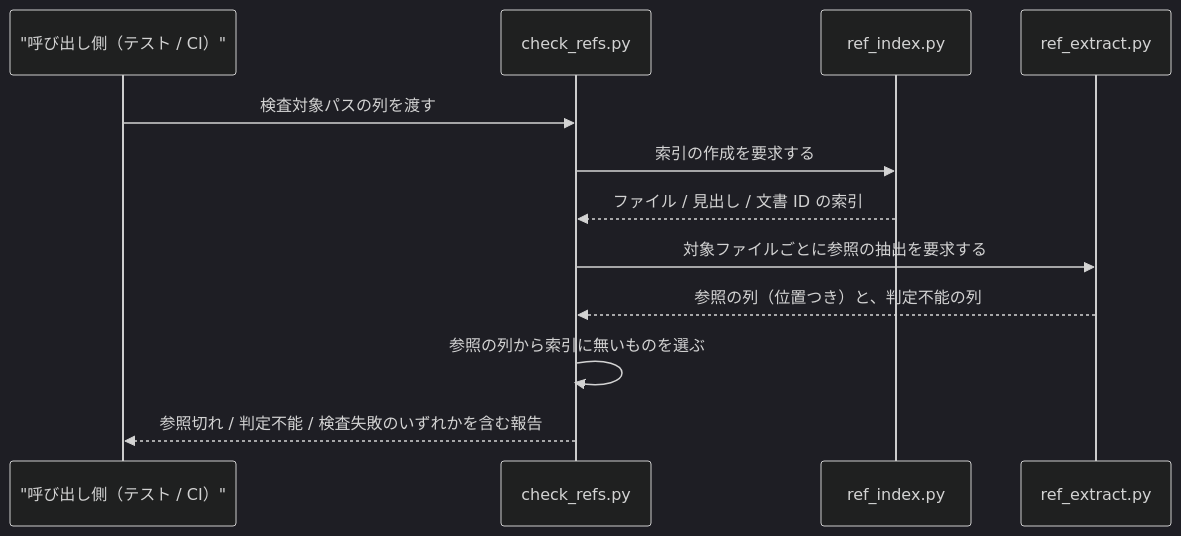
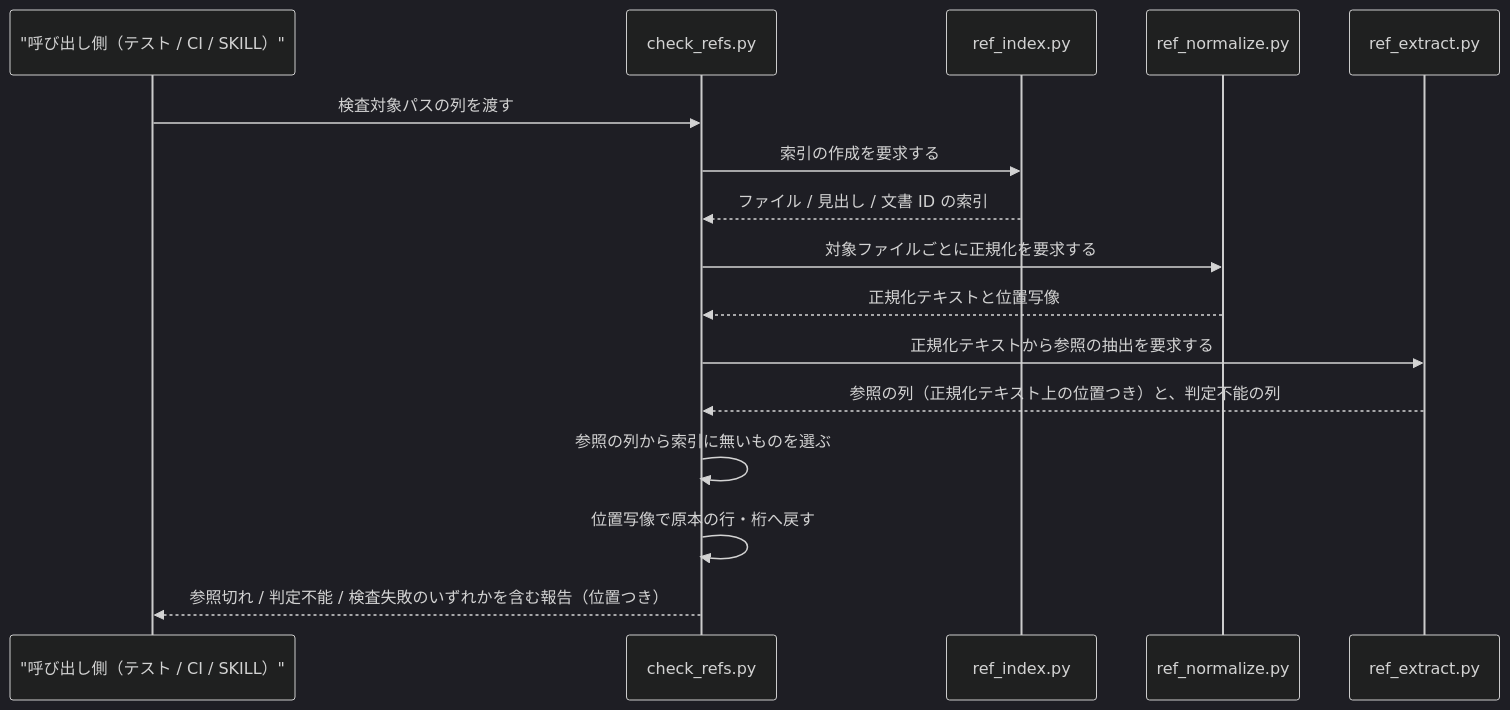
The second of 3 diagrams in docs/specs/forge/doc-reference-integrity/design/DES-081_doc_reference_integrity_design.md (BlueEventHorizon/bw-cc-plugins), drawn with Mermaid (dark theme) before and after one commit. The commit also changed other lines of this file and 9 other files, not shown here.

````diff
--- a/docs/specs/forge/doc-reference-integrity/design/DES-081_doc_reference_integrity_design.md
+++ b/docs/specs/forge/doc-reference-integrity/design/DES-081_doc_reference_integrity_design.md
@@ -257,15 +321,19 @@
 ```mermaid
 sequenceDiagram
-    participant Caller as "呼び出し側（テスト / CI）"
+    participant Caller as "呼び出し側（テスト / CI / SKILL）"
     participant Check as check_refs.py
     participant Index as ref_index.py
+    participant Norm as ref_normalize.py
     participant Extract as ref_extract.py
 
     Caller ->> Check: 検査対象パスの列を渡す
     Check ->> Index: 索引の作成を要求する
     Index -->> Check: ファイル / 見出し / 文書 ID の索引
-    Check ->> Extract: 対象ファイルごとに参照の抽出を要求する
-    Extract -->> Check: 参照の列（位置つき）と、判定不能の列
+    Check ->> Norm: 対象ファイルごとに正規化を要求する
+    Norm -->> Check: 正規化テキストと位置写像
+    Check ->> Extract: 正規化テキストから参照の抽出を要求する
+    Extract -->> Check: 参照の列（正規化テキスト上の位置つき）と、判定不能の列
     Check ->> Check: 参照の列から索引に無いものを選ぶ
-    Check -->> Caller: 参照切れ / 判定不能 / 検査失敗のいずれかを含む報告
+    Check ->> Check: 位置写像で原本の行・桁へ戻す
+    Check -->> Caller: 参照切れ / 判定不能 / 検査失敗のいずれかを含む報告（位置つき）
 ```
````
